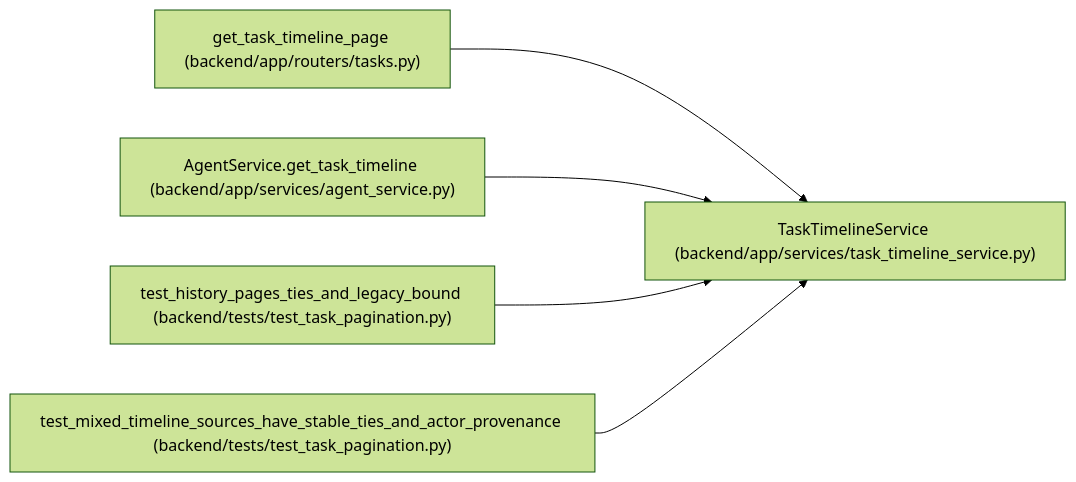
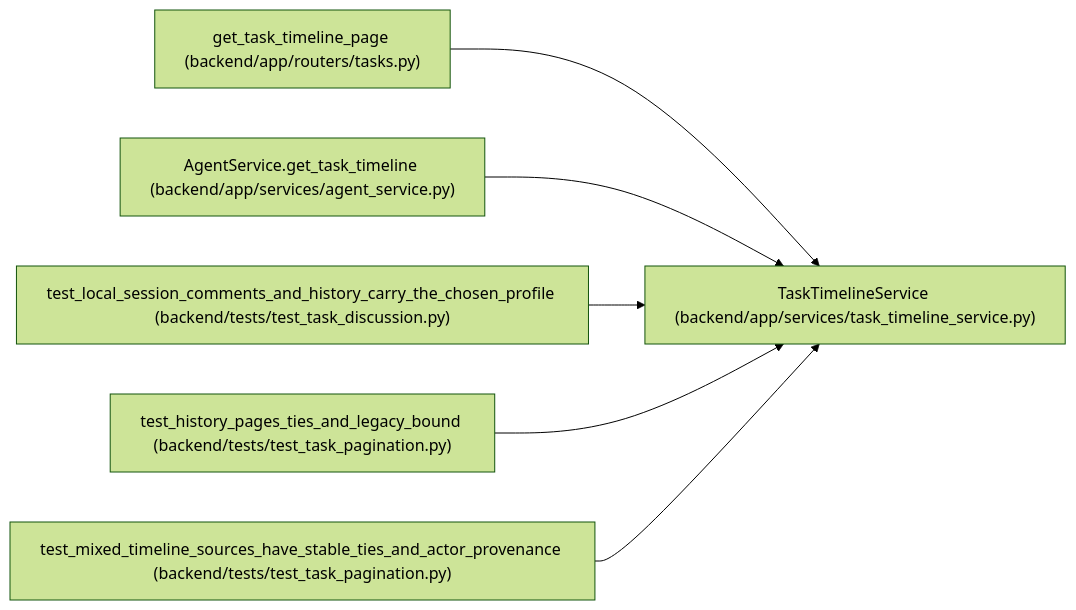
One commit to Denissvgn/WorkChord changed the diagram in docs/llm_wiki/entities/TaskTimelineService.md. Above: the diagram before and after it, drawn with Mermaid (forest theme). The commit also changed other lines of this file and 502 other files, not shown here.

````diff
--- a/docs/llm_wiki/entities/TaskTimelineService.md
+++ b/docs/llm_wiki/entities/TaskTimelineService.md
@@ -29,17 +30,20 @@
 ```mermaid
 flowchart LR
     n0["TaskTimelineService (backend/app/services/task_timeline_service.py)"]
     n1["get_task_timeline_page (backend/app/routers/tasks.py)"]
     n2["AgentService.get_task_timeline (backend/app/services/agent_service.py)"]
-    n3["test_history_pages_ties_and_legacy_bound (backend/tests/test_task_pagination.py)"]
-    n4["test_mixed_timeline_sources_have_stable_ties_and_actor_provenance (backend/tests/test_task_pagination.py)"]
+    n3["test_local_session_comments_and_history_carry_the_chosen_profile (backend/tests/test_task_discussion.py)"]
+    n4["test_history_pages_ties_and_legacy_bound (backend/tests/test_task_pagination.py)"]
+    n5["test_mixed_timeline_sources_have_stable_ties_and_actor_provenance (backend/tests/test_task_pagination.py)"]
     n1 --> n0
     n2 --> n0
     n3 --> n0
     n4 --> n0
+    n5 --> n0
     click n0 "../modules/task_timeline_service.md"
     click n1 "../modules/tasks.md"
     click n2 "../modules/agent_service.md"
-    click n3 "../modules/test_task_pagination.md"
+    click n3 "../modules/test_task_discussion.md"
     click n4 "../modules/test_task_pagination.md"
+    click n5 "../modules/test_task_pagination.md"
 ```
````
